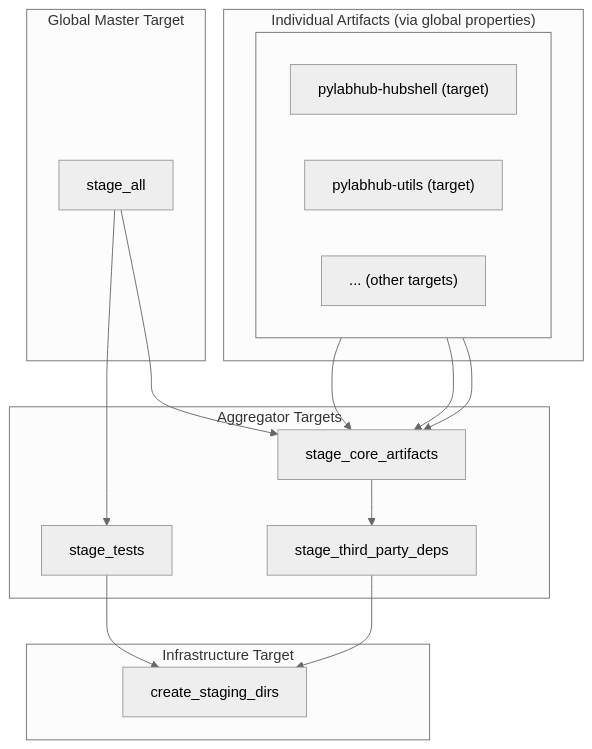
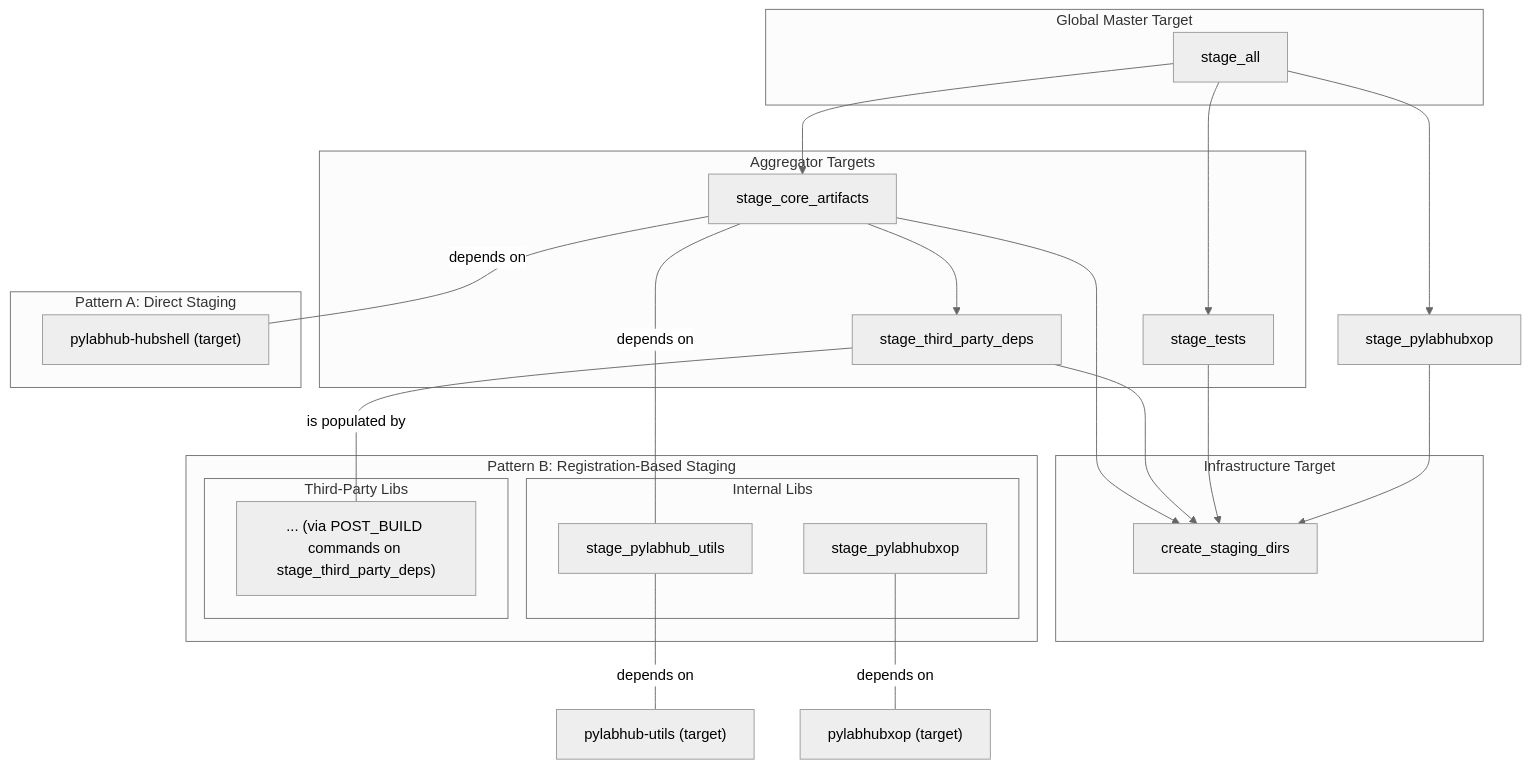
Before and after one commit to Qing-LAB/pylabhub: the second of 2 diagrams in cpp/docs/README_CMake_Design.md, drawn with Mermaid (neutral theme). The commit also changed other lines of this file and 21 other files, not shown here.

````diff
--- a/cpp/docs/README_CMake_Design.md
+++ b/cpp/docs/README_CMake_Design.md
@@ -74,34 +93,47 @@
 ```mermaid
 graph TD
     subgraph "Global Master Target"
-        stage_all;
+        stage_all
     end
     
     subgraph "Aggregator Targets"
-        stage_core_artifacts;
-        stage_third_party_deps;
-        stage_tests;
+        stage_core_artifacts
+        stage_third_party_deps
+        stage_tests
     end
     
     subgraph "Infrastructure Target"
-      create_staging_dirs;
+      create_staging_dirs
     end
 
-    stage_all --> stage_core_artifacts;
-    stage_all --> stage_tests;
+    %% Dependencies between aggregators
+    stage_all --> stage_core_artifacts & stage_tests & stage_pylabhubxop
+
+    stage_core_artifacts --> stage_third_party_deps
+
+    %% All aggregators depend on the base directory structure
+    stage_core_artifacts --> create_staging_dirs
+    stage_third_party_deps --> create_staging_dirs
+    stage_tests --> create_staging_dirs
+    stage_pylabhubxop --> create_staging_dirs
+
+    subgraph "Pattern A: Direct Staging"
+      A["pylabhub-hubshell (target)"]
+    end
     
-    stage_core_artifacts --> stage_third_party_deps;
-
-    stage_tests --> create_staging_dirs;
-    stage_third_party_deps --> create_staging_dirs;
-
-    subgraph "Individual Artifacts (via global properties)"
-        subgraph " "
-            direction LR
-            A["pylabhub-hubshell (target)"]
-            B["pylabhub-utils (target)"]
-            C["... (other targets)"]
+    subgraph "Pattern B: Registration-Based Staging"
+        subgraph "Internal Libs"
+            B[stage_pylabhub_utils]
+            D[stage_pylabhubxop]
+        end
+        subgraph "Third-Party Libs"
+            C["... (via POST_BUILD commands on stage_third_party_deps)"]
         end
     end
-    A & B & C --> stage_core_artifacts
+
+    %% Wiring patterns to aggregators
+    stage_core_artifacts -- depends on --- A & B
+    stage_third_party_deps -- "is populated by" --- C
+    B -- depends on --- B_lib["pylabhub-utils (target)"]
+    D -- depends on --- D_lib["pylabhubxop (target)"]
 ```
````
